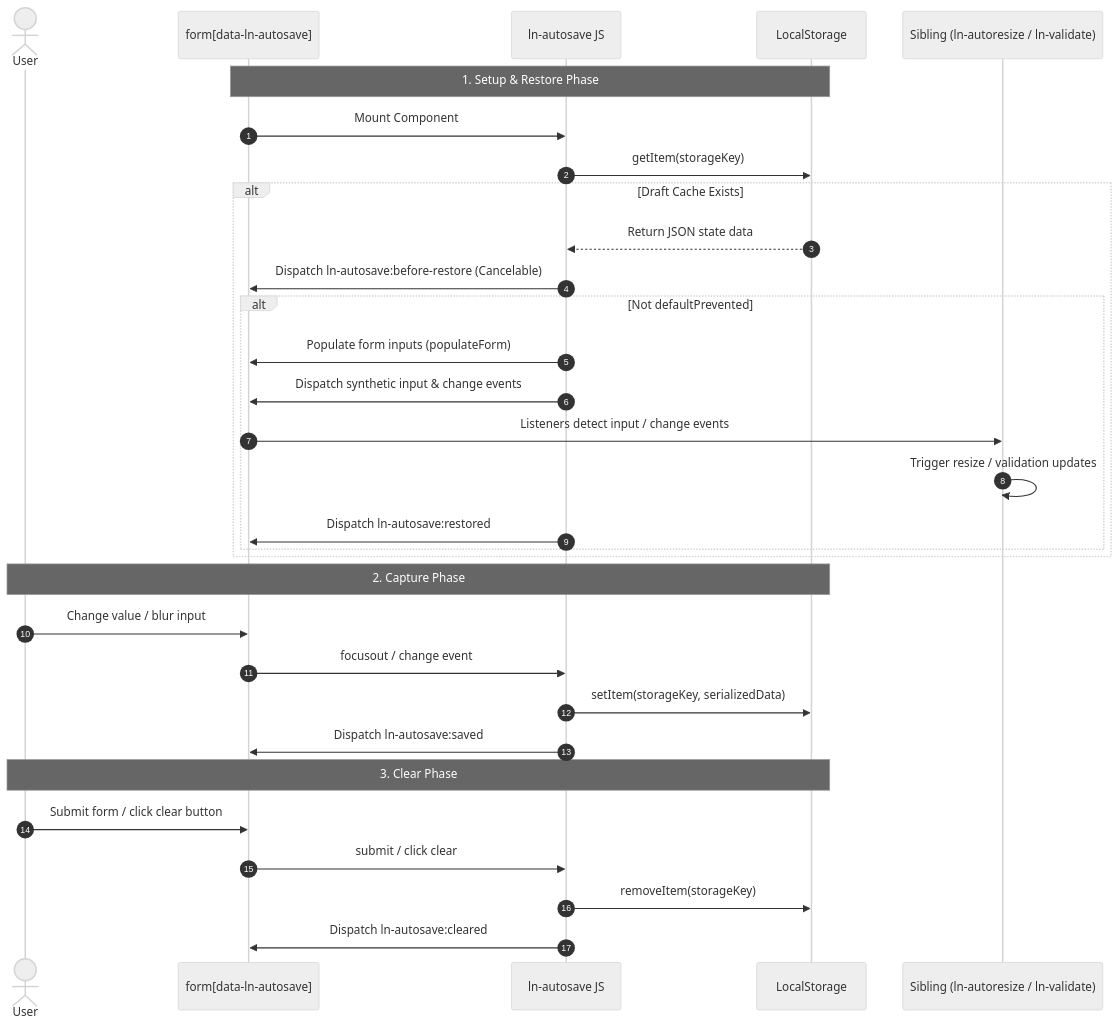
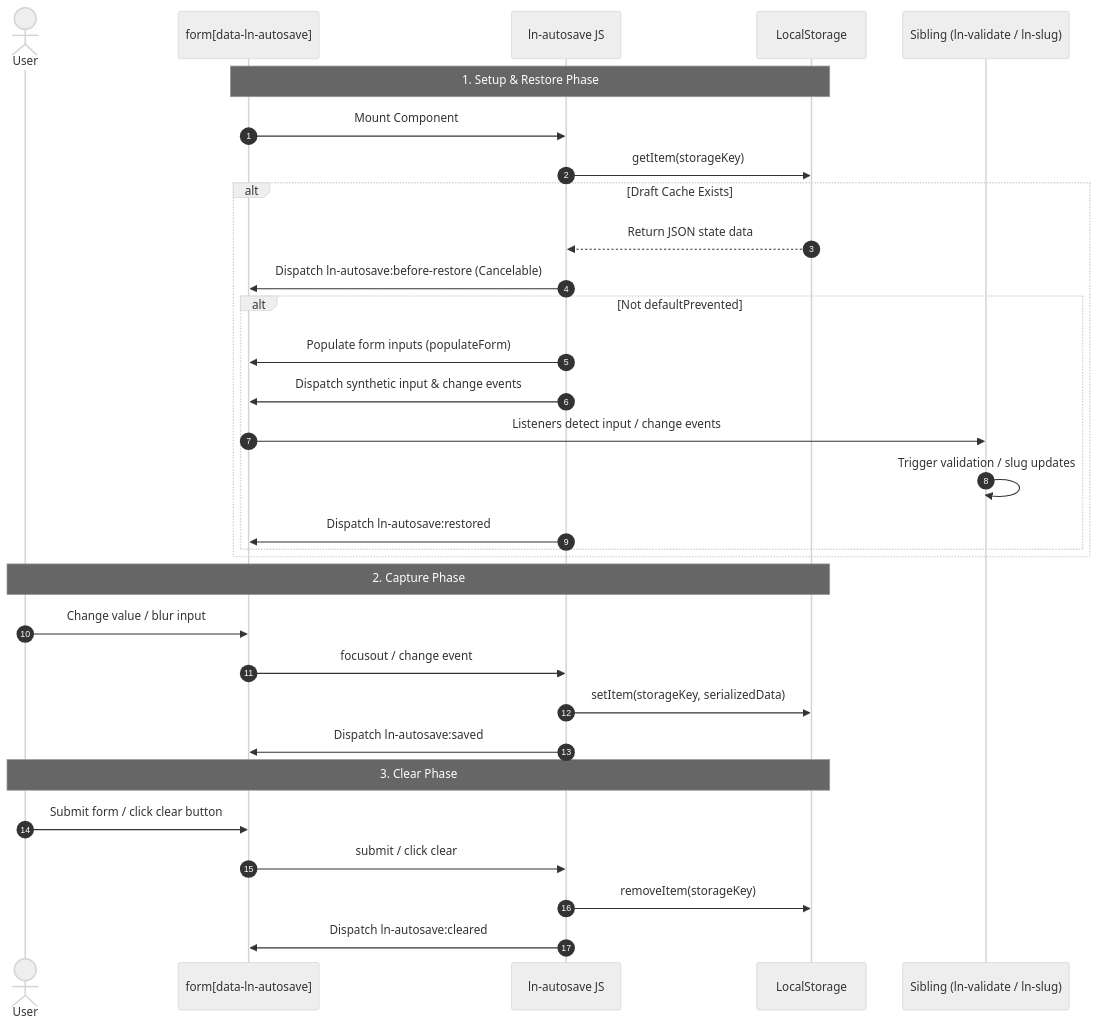
The diagram in docs-mcp/components/ln-autosave.md (livenetworks/ln-ashlar), drawn with Mermaid (neutral theme) before and after one commit. The commit also changed other lines of this file and 132 other files, not shown here.

````diff
--- a/docs-mcp/components/ln-autosave.md
+++ b/docs-mcp/components/ln-autosave.md
@@ -180,36 +180,36 @@
 ```mermaid
 sequenceDiagram
     autonumber
     actor User as User
     participant Form as form[data-ln-autosave]
     participant Component as ln-autosave JS
     participant Storage as LocalStorage
-    participant Sibling as Sibling (ln-autoresize / ln-validate)
+    participant Sibling as Sibling (ln-validate / ln-slug)
 
     Note over Form, Storage: 1. Setup & Restore Phase
     Form->>Component: Mount Component
     Component->>Storage: getItem(storageKey)
     alt Draft Cache Exists
         Storage-->>Component: Return JSON state data
         Component->>Form: Dispatch ln-autosave:before-restore (Cancelable)
         alt Not defaultPrevented
             Component->>Form: Populate form inputs (populateForm)
             Component->>Form: Dispatch synthetic input & change events
             Form->>Sibling: Listeners detect input / change events
-            Sibling->>Sibling: Trigger resize / validation updates
+            Sibling->>Sibling: Trigger validation / slug updates
             Component->>Form: Dispatch ln-autosave:restored
         end
     end
 
     Note over User, Storage: 2. Capture Phase
     User->>Form: Change value / blur input
     Form->>Component: focusout / change event
     Component->>Storage: setItem(storageKey, serializedData)
     Component->>Form: Dispatch ln-autosave:saved
 
     Note over User, Storage: 3. Clear Phase
     User->>Form: Submit form / click clear button
     Form->>Component: submit / click clear
     Component->>Storage: removeItem(storageKey)
     Component->>Form: Dispatch ln-autosave:cleared
 ```
````
